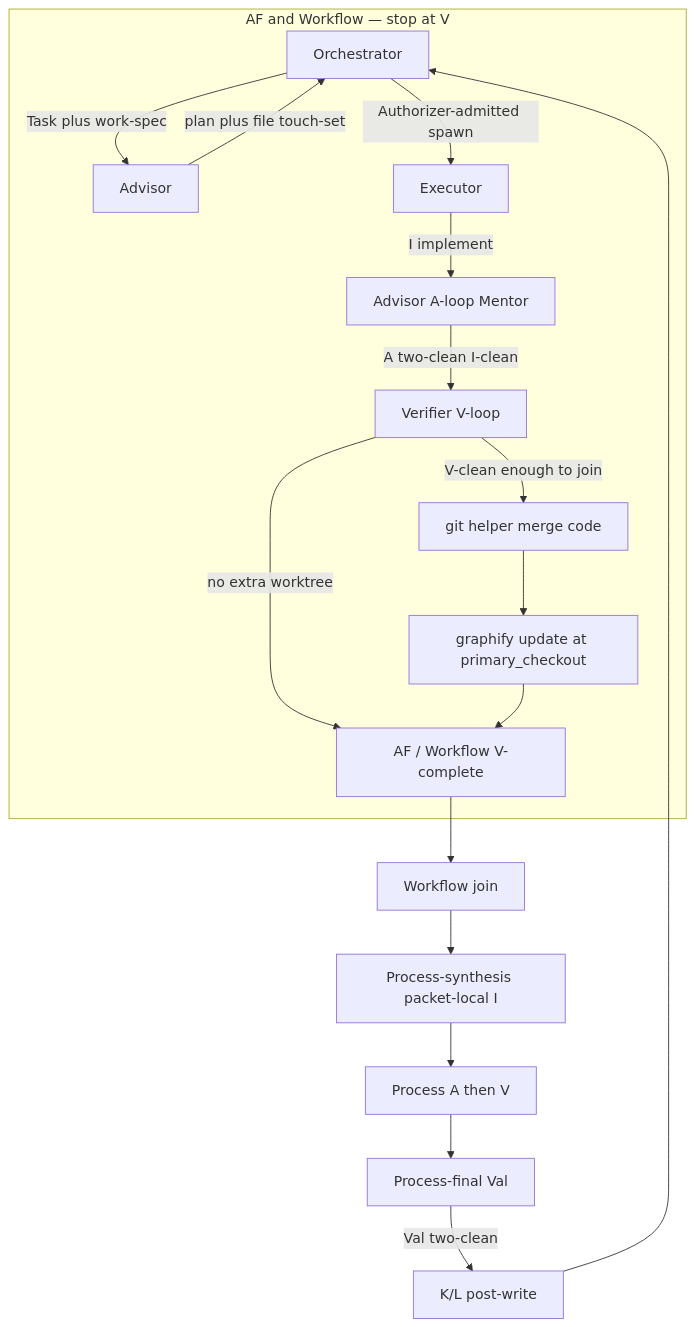
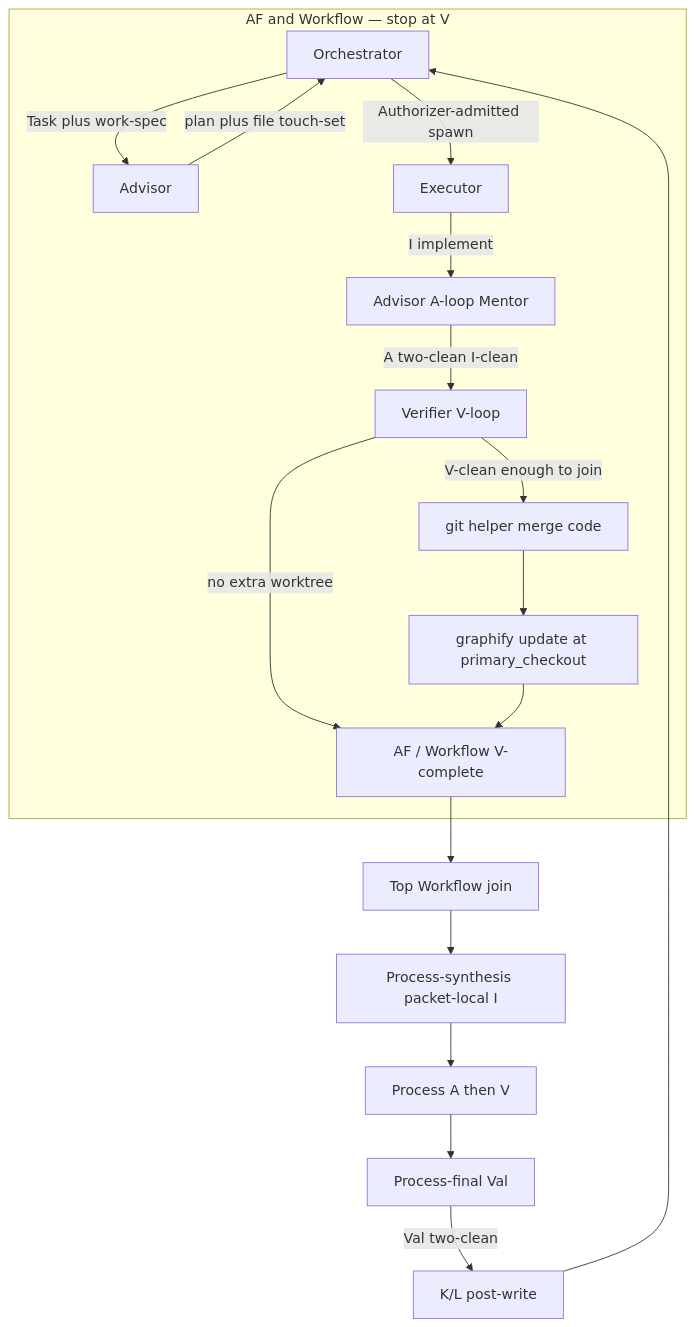
One commit to alo-exp/silver-bullet changed the first of 2 diagrams in .planning/router_subagent_surfaces_85bf9f09.plan.md. Above: the diagram before and after it, drawn with Mermaid. The commit also changed other lines of this file and 5 other files, not shown here.

````diff
--- a/.planning/router_subagent_surfaces_85bf9f09.plan.md
+++ b/.planning/router_subagent_surfaces_85bf9f09.plan.md
@@ -109,20 +109,20 @@
 ```mermaid
 flowchart TB
   subgraph AFWF["AF and Workflow — stop at V"]
     Orchestrator -->|Task plus work-spec| Advisor
     Advisor -->|plan plus file touch-set| Orchestrator
     Orchestrator -->|Authorizer-admitted spawn| Executor
     Executor -->|I implement| AdvisorMentor[Advisor A-loop Mentor]
     AdvisorMentor -->|A two-clean I-clean| VerifierV[Verifier V-loop]
     VerifierV -->|V-clean enough to join| Merge[git helper merge code]
     Merge --> Reindex[graphify update at primary_checkout]
     VerifierV -->|no extra worktree| AfDone[AF / Workflow V-complete]
     Reindex --> AfDone
   end
-  AfDone --> WfJoin[Workflow join]
+  AfDone --> WfJoin[Top Workflow join]
   WfJoin --> ProcSynth[Process-synthesis packet-local I]
   ProcSynth --> ProcAV[Process A then V]
   ProcAV --> Validator[Process-final Val]
   Validator -->|Val two-clean| KL[K/L post-write]
   KL --> Orchestrator
 ```
````
